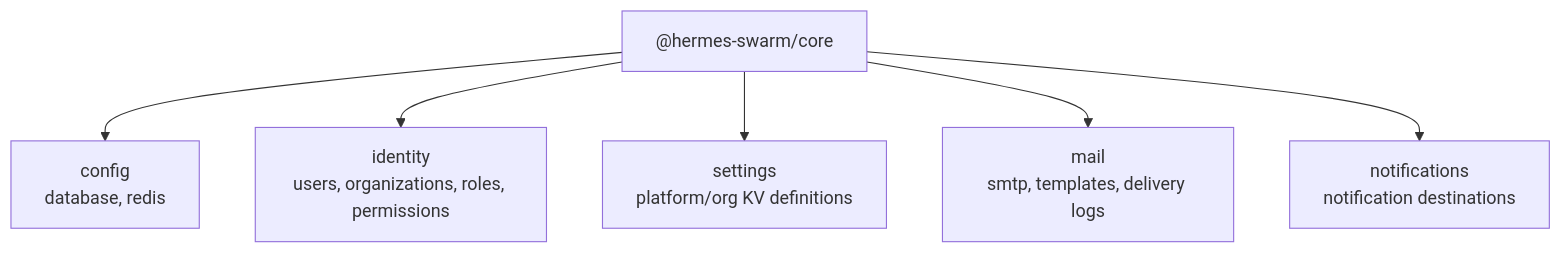
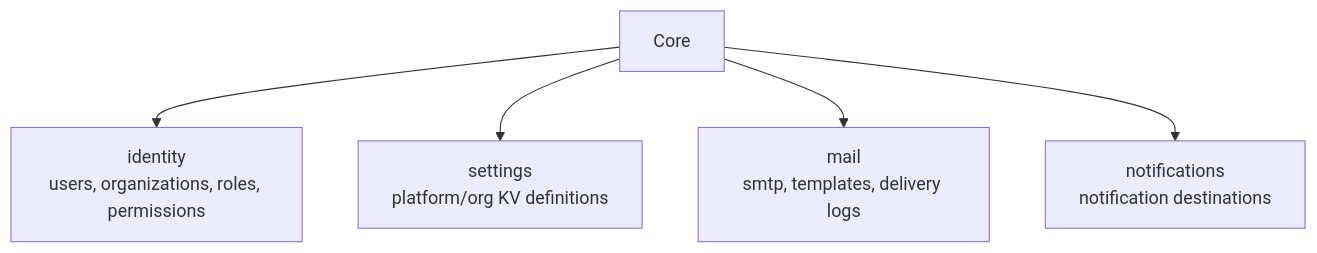
The second of 8 diagrams in docs/current-module-reference-graph.md (AyalaKaguya/hermes-swarm), drawn with Mermaid before and after one commit. The commit also changed other lines of this file and 16 other files, not shown here.

Commit message:
refactor(api,core,web): 将数据库/Redis 配置迁移至 NestJS ConfigModule，移除 core 配置包

````diff
--- a/docs/current-module-reference-graph.md
+++ b/docs/current-module-reference-graph.md
@@ -31,8 +31,7 @@
 ```mermaid
 flowchart TB
-  Core["@hermes-swarm/core"] --> Config["config<br/>database, redis"]
   Core --> Identity["identity<br/>users, organizations, roles, permissions"]
   Core --> Settings["settings<br/>platform/org KV definitions"]
   Core --> Mail["mail<br/>smtp, templates, delivery logs"]
   Core --> Notifications["notifications<br/>notification destinations"]
 ```
````
